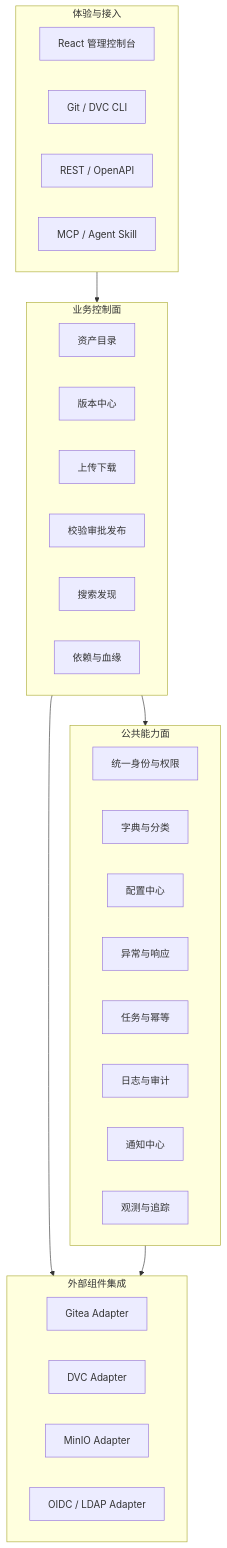
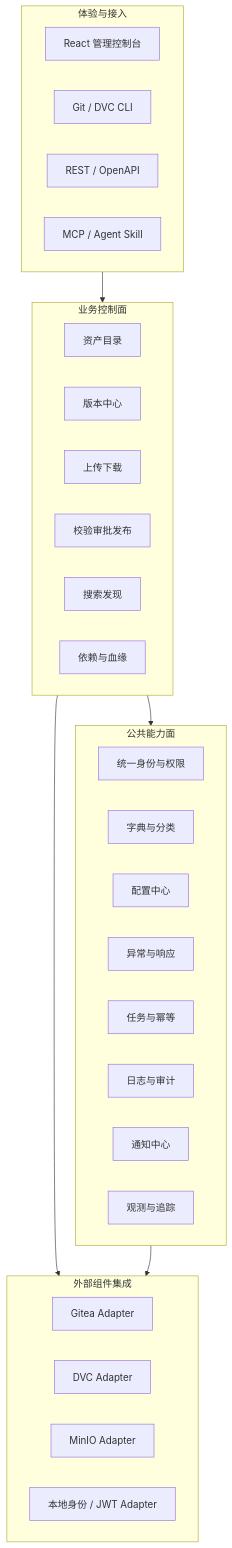
The second of 3 diagrams in prd/DEEP_RESEARCH_内部AI资产管理平台设计.md (opengeobot/HarnessDG), drawn with Mermaid before and after one commit. The commit also changed other lines of this file and 9 other files, not shown here.

````diff
--- a/prd/DEEP_RESEARCH_内部AI资产管理平台设计.md
+++ b/prd/DEEP_RESEARCH_内部AI资产管理平台设计.md
@@ -359,41 +387,41 @@
 ```mermaid
 flowchart TB
     subgraph Experience[体验与接入]
         WEB[React 管理控制台]
         CLI[Git / DVC CLI]
         REST[REST / OpenAPI]
         MCP[MCP / Agent Skill]
     end
 
     subgraph Business[业务控制面]
         CATALOG[资产目录]
         VERSION[版本中心]
         TRANSFER[上传下载]
         RELEASE[校验审批发布]
         SEARCH[搜索发现]
         LINEAGE[依赖与血缘]
     end
 
     subgraph Platform[公共能力面]
         IAM[统一身份与权限]
         TAXONOMY[字典与分类]
         CONFIG[配置中心]
         ERROR[异常与响应]
         JOB[任务与幂等]
         AUDIT[日志与审计]
         NOTICE[通知中心]
         OBS[观测与追踪]
     end
 
     subgraph Integration[外部组件集成]
         GITEA[Gitea Adapter]
         DVC[DVC Adapter]
         MINIO[MinIO Adapter]
-        IDP[OIDC / LDAP Adapter]
+        IDP[本地身份 / JWT Adapter]
     end
 
     Experience --> Business
     Business --> Platform
     Business --> Integration
     Platform --> Integration
 ```
````
